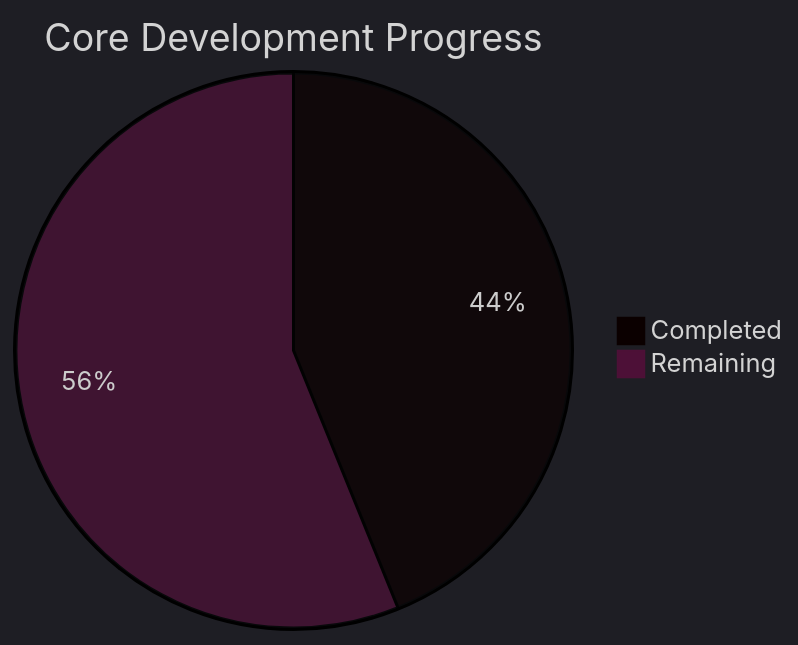
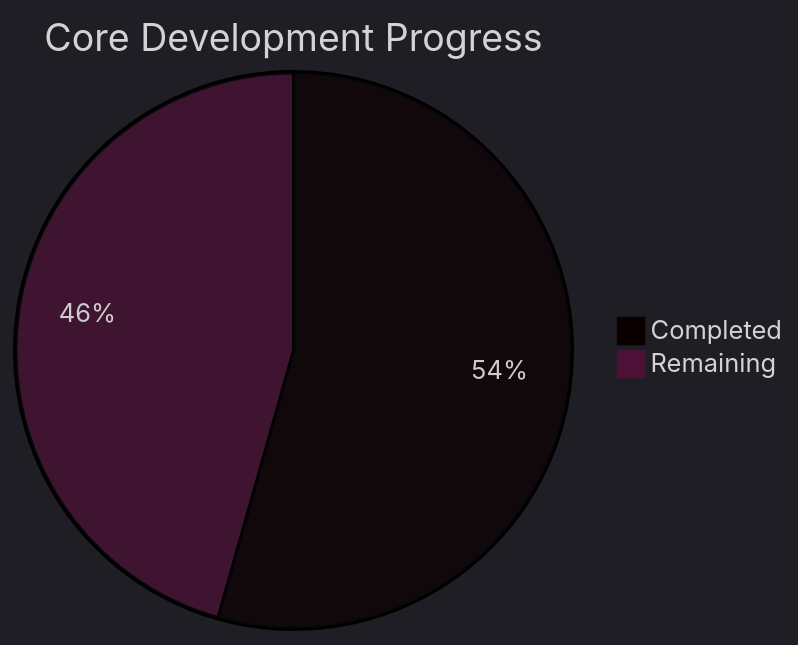
One commit to Neogleamz/SK8Lytz changed the first of 5 diagrams in tools/SK8Lytz_Bucket_List.md. Above: the diagram before and after it, drawn with Mermaid. The commit also changed other lines of this file and 7 other files, not shown here.

````diff
--- a/tools/SK8Lytz_Bucket_List.md
+++ b/tools/SK8Lytz_Bucket_List.md
@@ -9,6 +9,6 @@
 ```mermaid
 %%{init: {'theme': 'dark'}}%%
 pie title Core Development Progress
-  "Completed" : 25
-  "Remaining" : 32
+  "Completed" : 31
+  "Remaining" : 26
 ```
````
